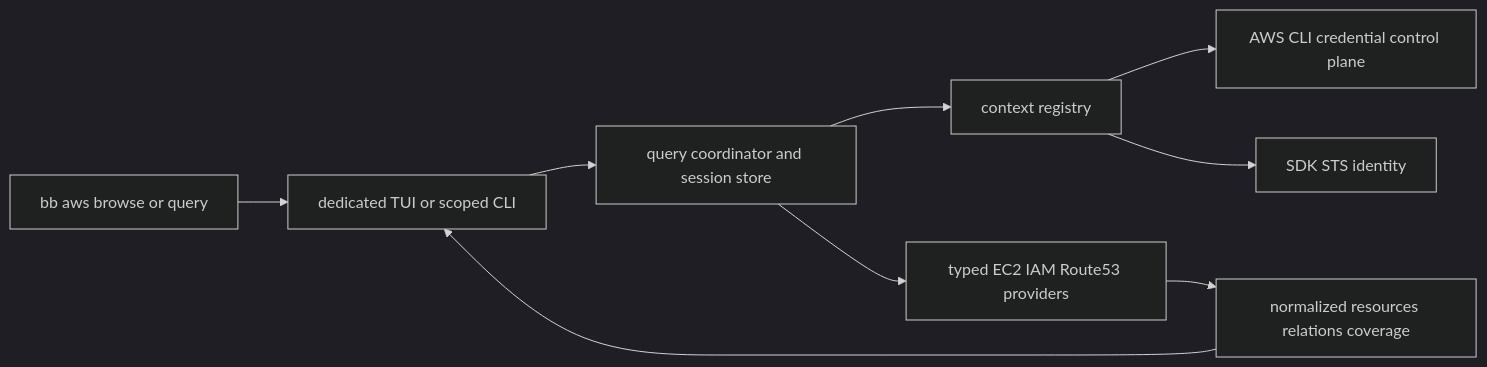
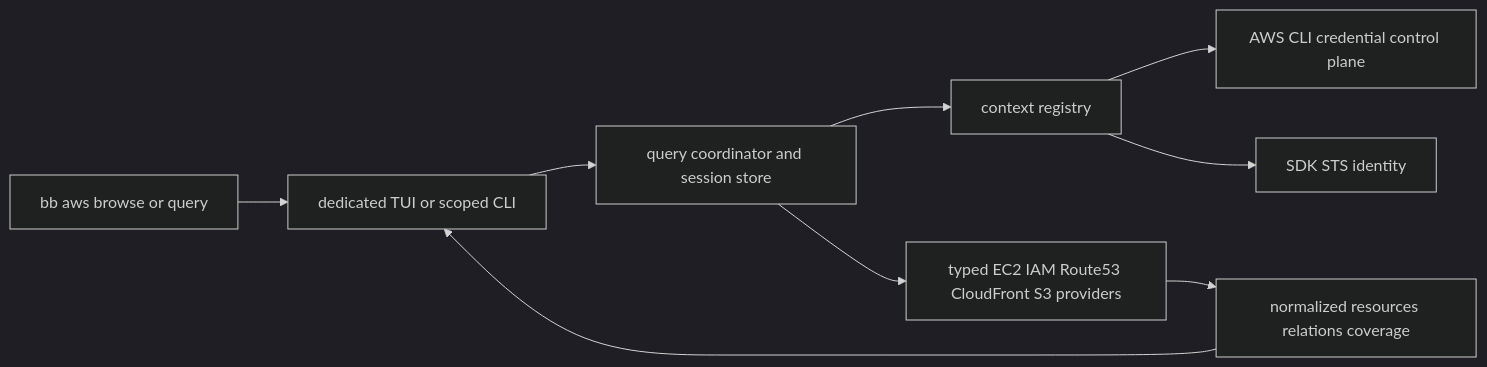
One commit to jisung9870/binbox-cli changed the diagram in docs/design-aws-resource-browser-202608.md. Above: the diagram before and after it, drawn with Mermaid (dark theme). The commit also changed other lines of this file and 59 other files, not shown here.

````diff
--- a/docs/design-aws-resource-browser-202608.md
+++ b/docs/design-aws-resource-browser-202608.md
@@ -14,11 +14,11 @@
 ```mermaid
 flowchart LR
     U[bb aws browse or query] --> T[dedicated TUI or scoped CLI]
     T --> Q[query coordinator and session store]
     Q --> X[context registry]
     X --> C[AWS CLI credential control plane]
     X --> S[SDK STS identity]
-    Q --> P[typed EC2 IAM Route53 providers]
+    Q --> P[typed EC2 IAM Route53 CloudFront S3 providers]
     P --> M[normalized resources relations coverage]
     M --> T
 ```
````
